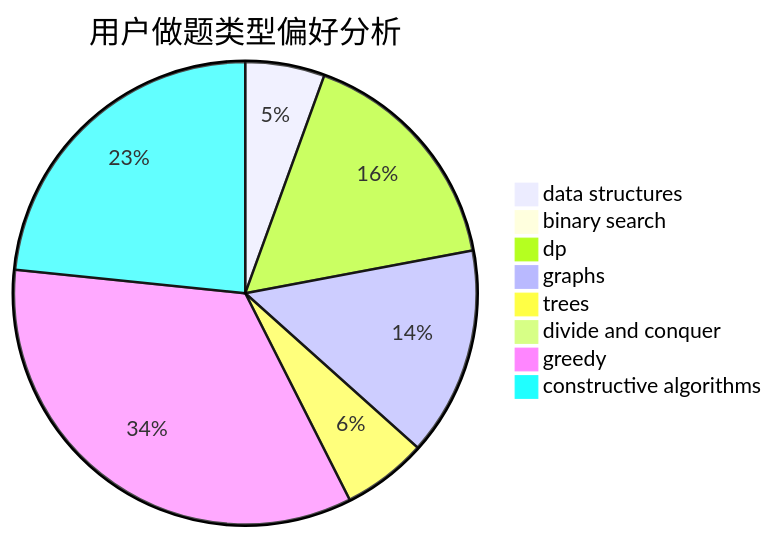
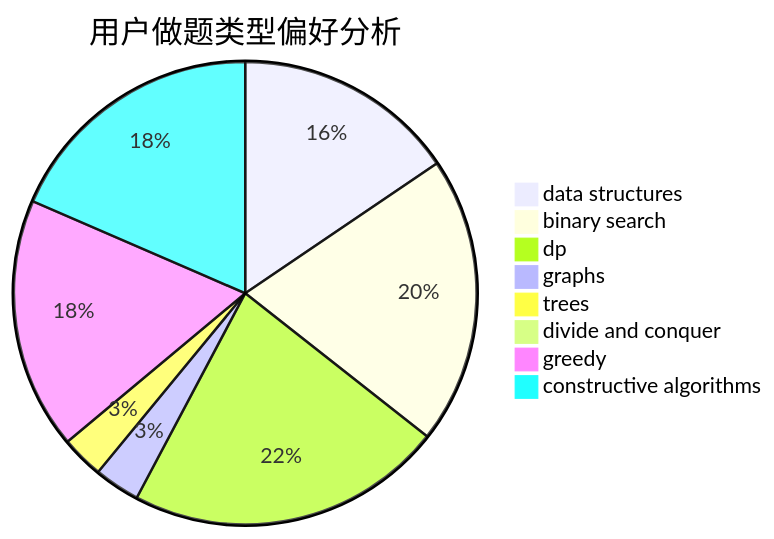
One commit to sherpahu/cfrs.github.io changed the second of 3 diagrams in docs/user/u1157.md. Above: the diagram before and after it, drawn with Mermaid. The commit also changed other lines of this file and 2770 other files, not shown here.

````diff
--- a/docs/user/u1157.md
+++ b/docs/user/u1157.md
@@ -23,11 +23,11 @@
 ```mermaid
 pie title 用户做题类型偏好分析
-    "data structures" :  87
-    "binary search" :  15
-    "dp" :  259
-    "graphs" :  229
-    "trees" :  93
-    "divide and conquer" :  8
-    "greedy" :  535
-    "constructive algorithms" :  367
+    "data structures" :  68
+    "binary search" :  88
+    "dp" :  97
+    "graphs" :  14
+    "trees" :  13
+    "divide and conquer" :  0
+    "greedy" :  77
+    "constructive algorithms" :  81
 ```
````
